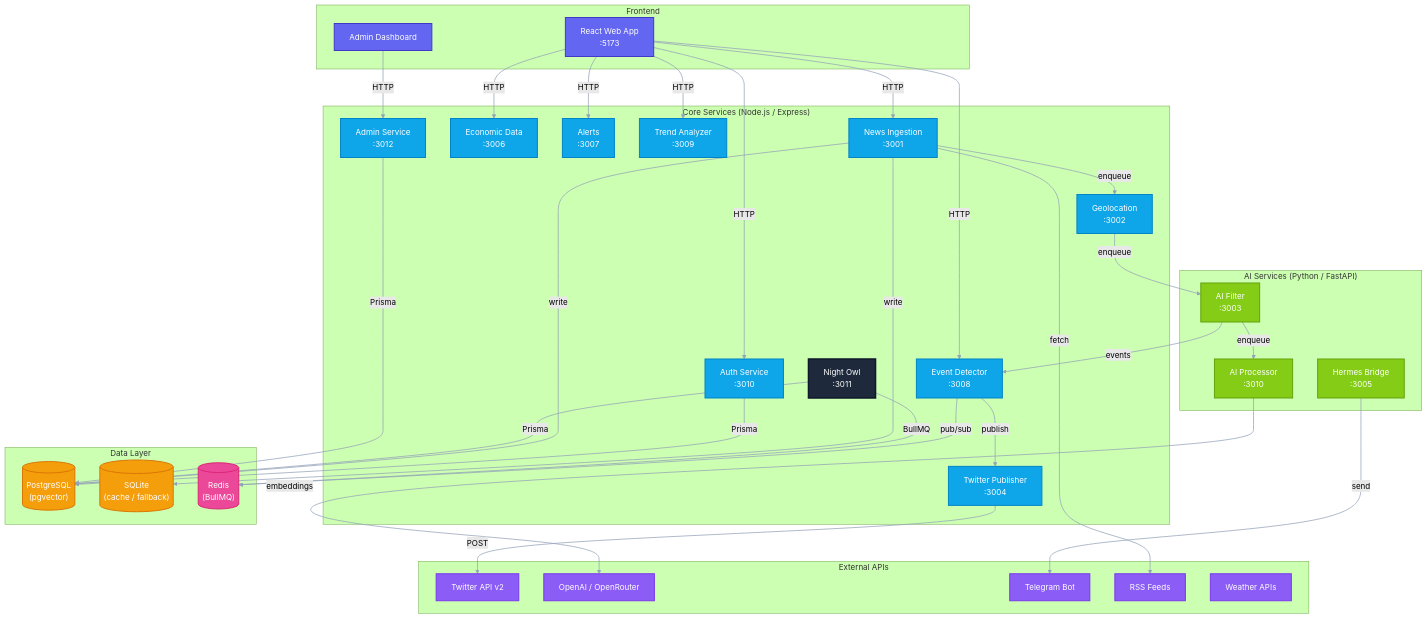
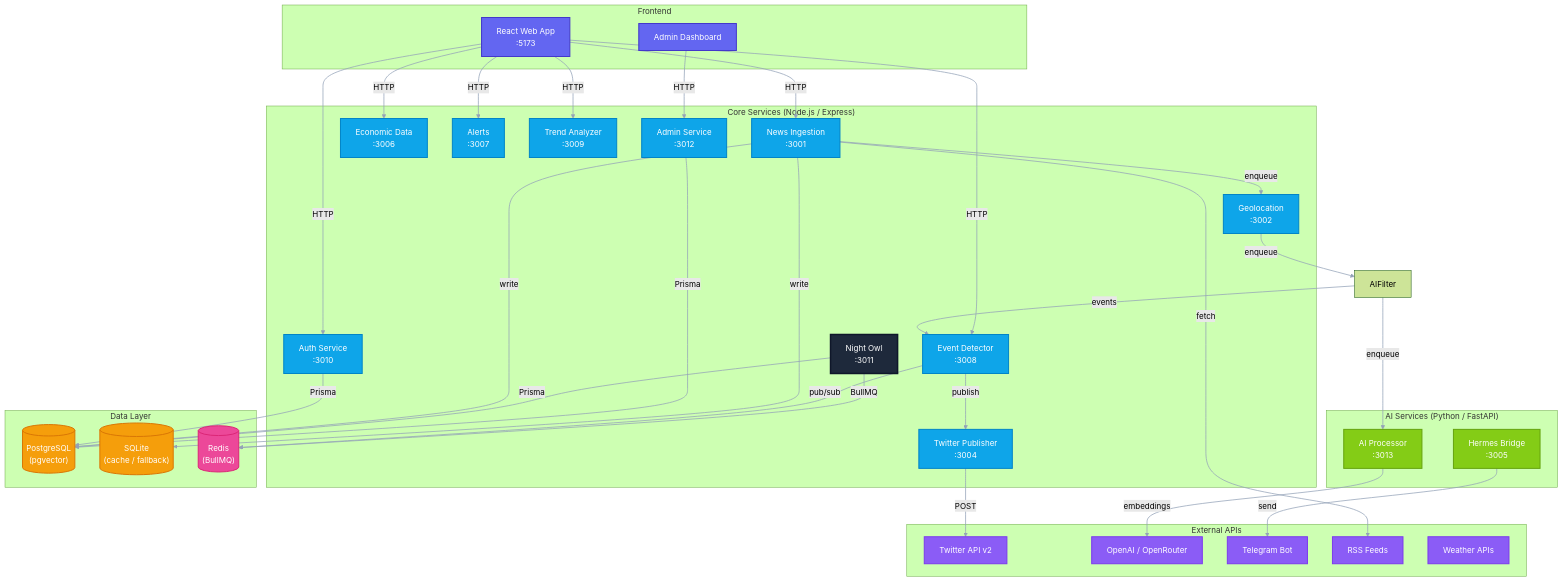
The first of 3 diagrams in README.md (BautistaAlfaro/ArgentinaRadar), drawn with Mermaid (forest theme) before and after one commit. The commit also changed other lines of this file and 41 other files, not shown here.

Commit message:
feat: wire event-detector pipeline, merge ai-filter→ai-processor, local Ollama AI, Telegram approval workflow

````diff
--- a/README.md
+++ b/README.md
@@ -13,80 +13,79 @@
 ```mermaid
 graph TD
     classDef frontend fill:#6366f1,color:#fff,stroke:#4338ca,stroke-width:2px
     classDef service fill:#0ea5e9,color:#fff,stroke:#0284c7,stroke-width:2px
     classDef python fill:#84cc16,color:#fff,stroke:#65a30d,stroke-width:2px
     classDef data fill:#f59e0b,color:#fff,stroke:#d97706,stroke-width:2px
     classDef external fill:#8b5cf6,color:#fff,stroke:#7c3aed,stroke-width:2px
     classDef queue fill:#ec4899,color:#fff,stroke:#db2777,stroke-width:2px
     classDef owl fill:#1e293b,color:#fff,stroke:#0f172a,stroke-width:3px
 
     subgraph Frontend
         Web["React Web App<br/>:5173"]:::frontend
         Admin["Admin Dashboard"]:::frontend
     end
 
     subgraph "Core Services (Node.js / Express)"
         News["News Ingestion<br/>:3001"]:::service
         Geo["Geolocation<br/>:3002"]:::service
         Twitter["Twitter Publisher<br/>:3004"]:::service
         Economic["Economic Data<br/>:3006"]:::service
         Alerts["Alerts<br/>:3007"]:::service
         Event["Event Detector<br/>:3008"]:::service
         Trends["Trend Analyzer<br/>:3009"]:::service
         Auth["Auth Service<br/>:3010"]:::service
         NightOwl["Night Owl<br/>:3011"]:::owl
         AdminSvc["Admin Service<br/>:3012"]:::service
     end
 
     subgraph "AI Services (Python / FastAPI)"
-        AIFilter["AI Filter<br/>:3003"]:::python
-        AIProc["AI Processor<br/>:3010"]:::python
+        AIProc["AI Processor<br/>:3013"]:::python
         Hermes["Hermes Bridge<br/>:3005"]:::python
     end
 
     subgraph "Data Layer"
         PG[("PostgreSQL<br/>(pgvector)")]:::data
         SQLite[("SQLite<br/>(cache / fallback)")]:::data
         Redis[("Redis<br/>(BullMQ)")]:::queue
     end
 
     subgraph "External APIs"
         TwitterAPI["Twitter API v2"]:::external
         OpenAI["OpenAI / OpenRouter"]:::external
         Telegram["Telegram Bot"]:::external
         RSS["RSS Feeds"]:::external
         Weather["Weather APIs"]:::external
     end
 
     Web -->|HTTP| News
     Web -->|HTTP| Event
     Web -->|HTTP| Trends
     Web -->|HTTP| Economic
     Web -->|HTTP| Alerts
     Web -->|HTTP| Auth
 
     Admin -->|HTTP| AdminSvc
     AdminSvc -->|Prisma| PG
 
     News -->|fetch| RSS
     News -->|enqueue| Geo
     Geo -->|enqueue| AIFilter
     AIFilter -->|enqueue| AIProc
     AIProc -->|embeddings| OpenAI
     AIFilter -->|events| Event
     Event -->|publish| Twitter
     Twitter -->|POST| TwitterAPI
 
     Hermes -->|send| Telegram
 
     NightOwl -->|BullMQ| Redis
     NightOwl -->|Prisma| PG
 
     News -->|write| SQLite
     News -->|write| PG
     Event -->|pub/sub| Redis
 
     Auth -->|Prisma| PG
 
     linkStyle default stroke:#94a3b8,stroke-width:1.5px
 ```
````
